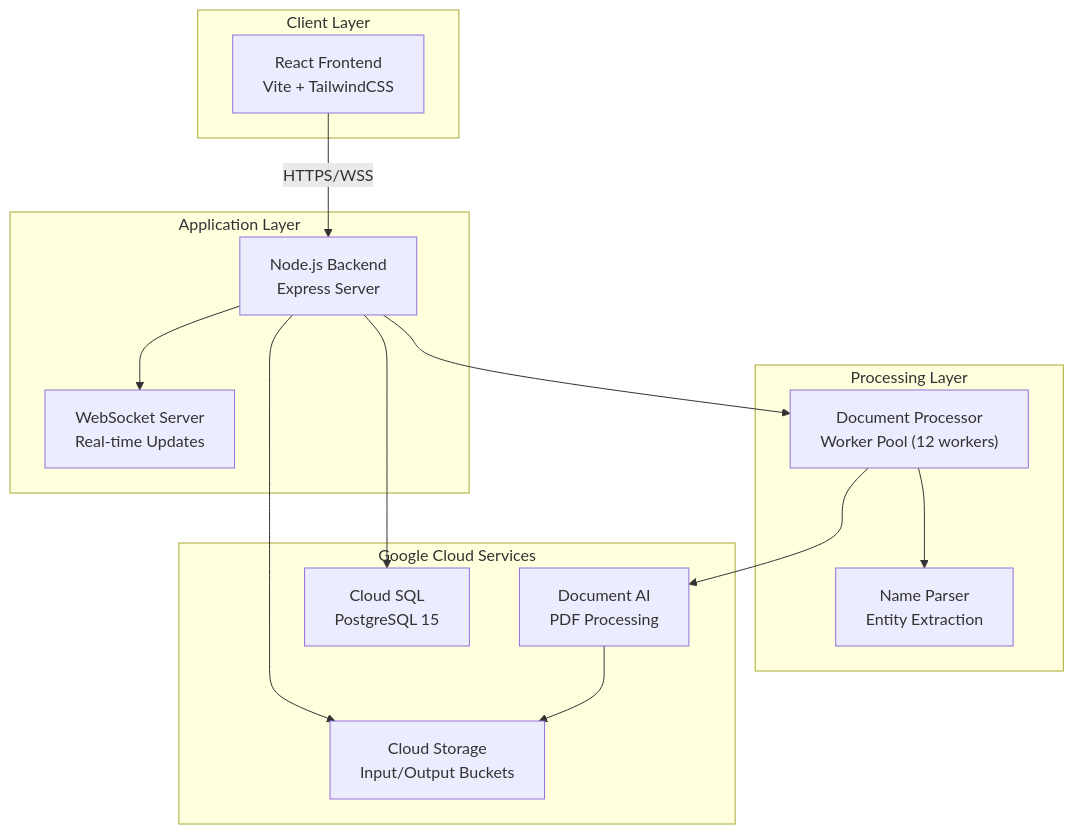
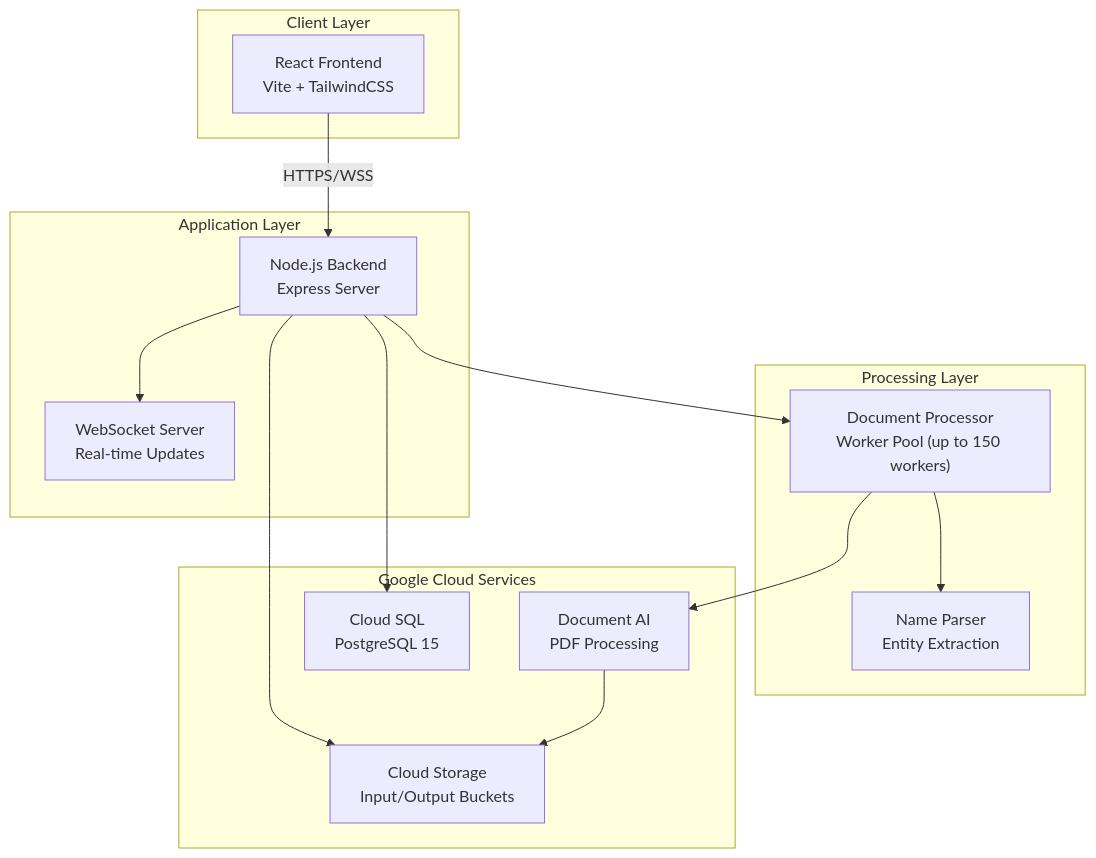
Before and after one commit to AshishSingh1503/pdf-to-csv: the first of 3 diagrams in README.md, drawn with Mermaid. The commit also changed other lines of this file and 31 other files, not shown here.

````diff
--- a/README.md
+++ b/README.md
@@ -79,31 +119,31 @@
 ```mermaid
 graph TB
     subgraph "Client Layer"
         Frontend["React Frontend<br/>Vite + TailwindCSS"]
     end
     
     subgraph "Application Layer"
         Backend["Node.js Backend<br/>Express Server"]
         WebSocket["WebSocket Server<br/>Real-time Updates"]
     end
     
     subgraph "Processing Layer"
-        DocProcessor["Document Processor<br/>Worker Pool (12 workers)"]
+  DocProcessor["Document Processor<br/>Worker Pool (up to 150 workers)"]
         NameParser["Name Parser<br/>Entity Extraction"]
     end
     
     subgraph "Google Cloud Services"
         DocumentAI["Document AI<br/>PDF Processing"]
         CloudStorage["Cloud Storage<br/>Input/Output Buckets"]
         CloudSQL["Cloud SQL<br/>PostgreSQL 15"]
     end
     
     Frontend -->|HTTPS/WSS| Backend
     Backend --> WebSocket
     Backend --> DocProcessor
     DocProcessor --> NameParser
     DocProcessor --> DocumentAI
     Backend --> CloudStorage
     Backend --> CloudSQL
     DocumentAI --> CloudStorage
 ```
````
